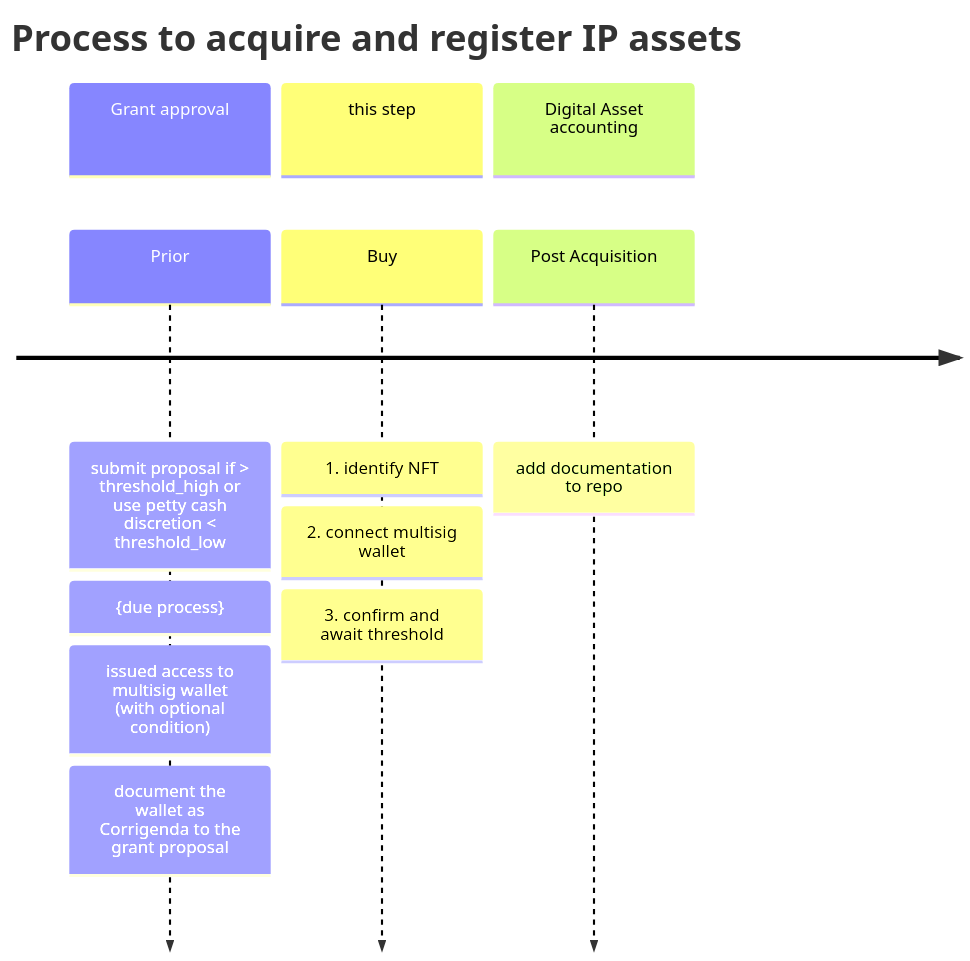
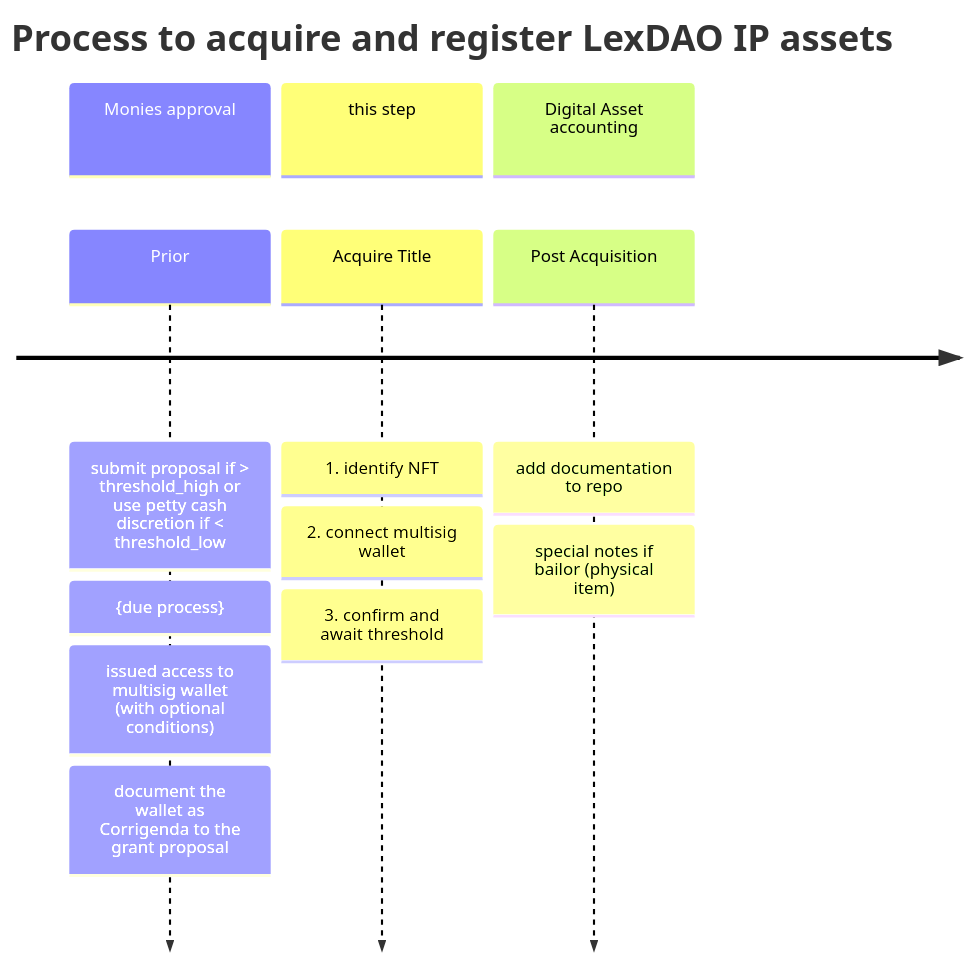
One commit to lexDAO/LexDAO-Articles changed the diagram in Help Articles/Multisig Administration.md. Above: the diagram before and after it, drawn with Mermaid. The commit also changed other lines of this file, not shown here.

Commit message:
Update Multisig Administration.md
added in use case for later

````diff
--- a/Help Articles/Multisig Administration.md
+++ b/Help Articles/Multisig Administration.md
@@ -3,15 +3,16 @@
 ```mermaid
 timeline
-  title Process to  acquire and register IP assets
-  section Grant approval
-    Prior : submit proposal if > threshold_high or use petty cash discretion < threshold_low 
+  title Process to  acquire and register LexDAO IP assets
+  section Monies approval
+    Prior : submit proposal if > threshold_high or use petty cash discretion if < threshold_low 
     : {due process}
-    : issued access to multisig wallet (with optional condition)
+    : issued access to multisig wallet (with optional conditions)
     : document the wallet as Corrigenda to the grant proposal
   section this step
-    Buy : 1. identify NFT
+    Acquire Title : 1. identify NFT
         : 2. connect multisig wallet
         : 3. confirm and await threshold
   section Digital Asset accounting
     Post Acquisition : add documentation to repo
+        : special notes if bailor (physical item)
 ```
````
